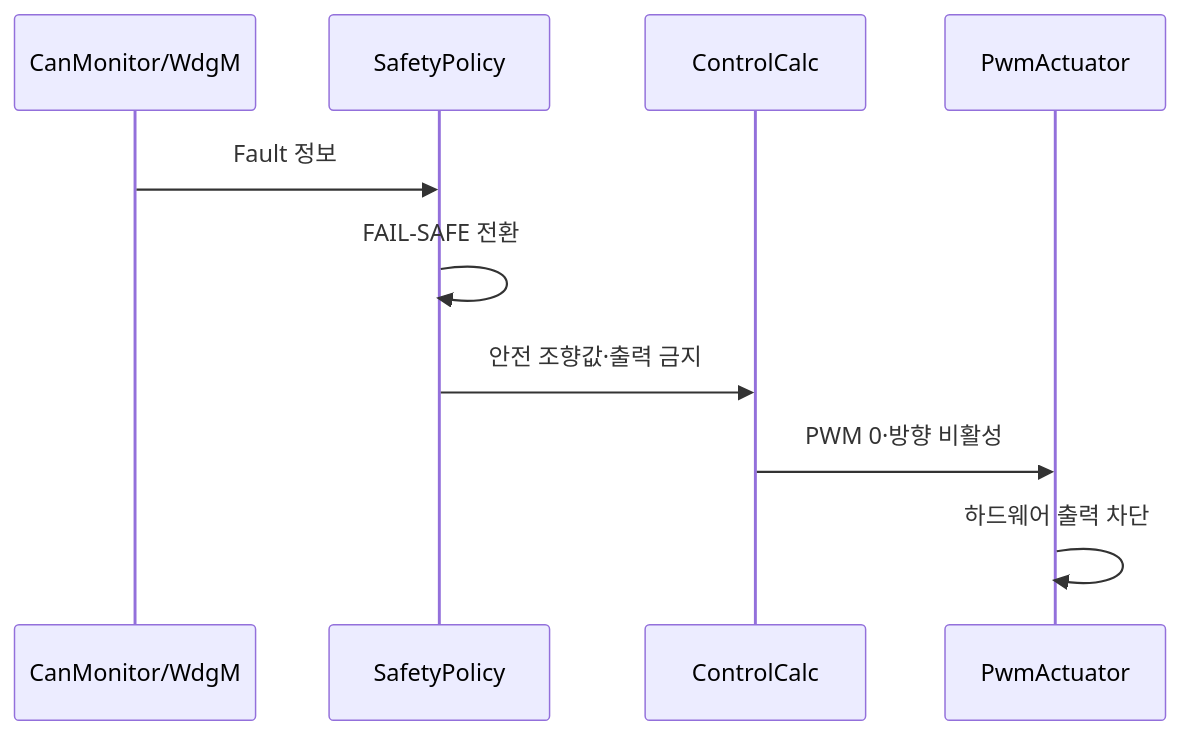
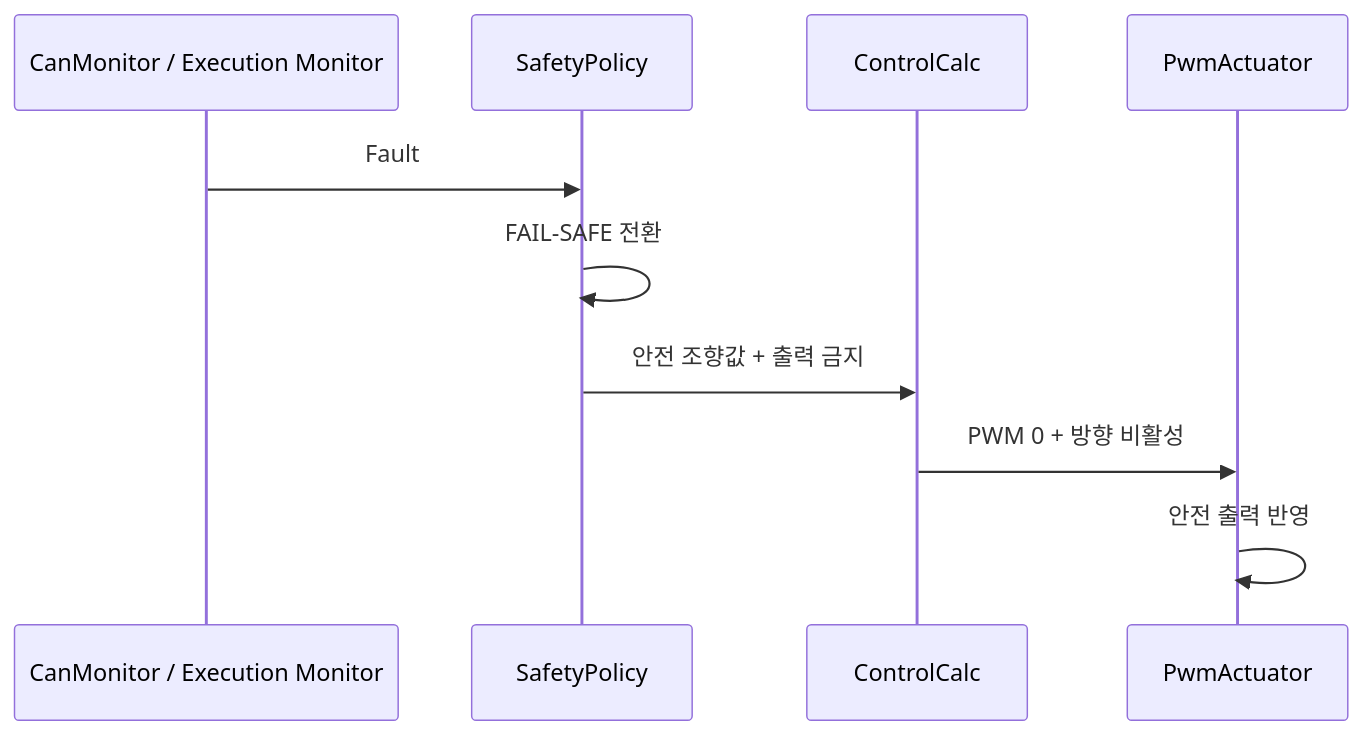
The fourth of 5 diagrams in iso26262-sbw-failsafe/workproducts/04_SW_Architecture_Design.md (kwangil1245-code/iso26262-sbw-failsafe), drawn with Mermaid before and after one commit. The commit also changed other lines of this file, not shown here.

````diff
--- a/iso26262-sbw-failsafe/workproducts/04_SW_Architecture_Design.md
+++ b/iso26262-sbw-failsafe/workproducts/04_SW_Architecture_Design.md
@@ -160,12 +223,13 @@
 ```mermaid
 sequenceDiagram
-    participant M as CanMonitor/WdgM
+    participant M as CanMonitor / Execution Monitor
     participant P as SafetyPolicy
     participant C as ControlCalc
     participant A as PwmActuator
-    M->>P: Fault 정보
+
+    M->>P: Fault
     P->>P: FAIL-SAFE 전환
-    P->>C: 안전 조향값·출력 금지
-    C->>A: PWM 0·방향 비활성
-    A->>A: 하드웨어 출력 차단
+    P->>C: 안전 조향값 + 출력 금지
+    C->>A: PWM 0 + 방향 비활성
+    A->>A: 안전 출력 반영
 ```
````
